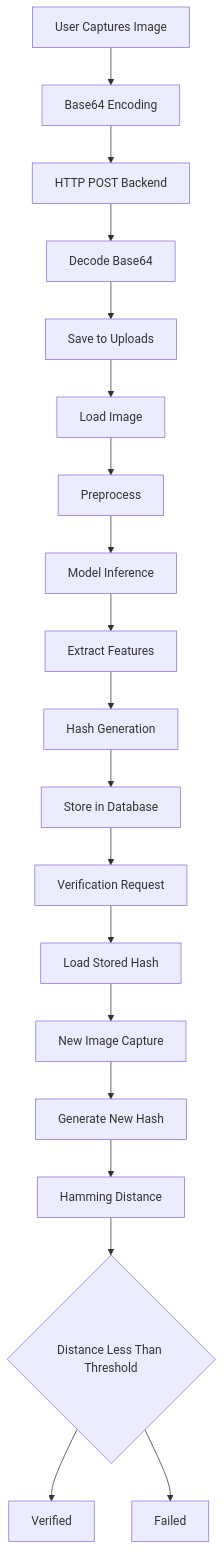
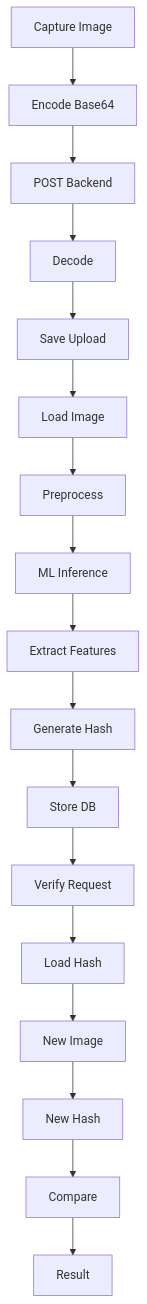
The ninth of 14 diagrams in ARCHITECTURE.md (BTech20/biometric-auth-system), drawn with Mermaid before and after one commit. The commit also changed other lines of this file, not shown here.

First line of the commit message:
Simplify all Mermaid diagrams to basic GitHub-compatible syntax

````diff
--- a/ARCHITECTURE.md
+++ b/ARCHITECTURE.md
@@ -302,22 +229,19 @@
 ```mermaid
-graph TB
-    A[User Captures Image] --> B[Base64 Encoding]
-    B --> C[HTTP POST Backend]
-    C --> D[Decode Base64]
-    D --> E[Save to Uploads]
+flowchart TB
+    A[Capture Image] --> B[Encode Base64]
+    B --> C[POST Backend]
+    C --> D[Decode]
+    D --> E[Save Upload]
     E --> F[Load Image]
     F --> G[Preprocess]
-    G --> H[Model Inference]
+    G --> H[ML Inference]
     H --> I[Extract Features]
-    I --> J[Hash Generation]
-    J --> K[Store in Database]
-    
-    K --> L[Verification Request]
-    L --> M[Load Stored Hash]
-    M --> N[New Image Capture]
-    N --> O[Generate New Hash]
-    O --> P[Hamming Distance]
-    P --> Q{Distance Less Than Threshold}
-    Q --> R[Verified]
-    Q --> S[Failed]
+    I --> J[Generate Hash]
+    J --> K[Store DB]
+    K --> L[Verify Request]
+    L --> M[Load Hash]
+    M --> N[New Image]
+    N --> O[New Hash]
+    O --> P[Compare]
+    P --> Q[Result]
 ```
````
